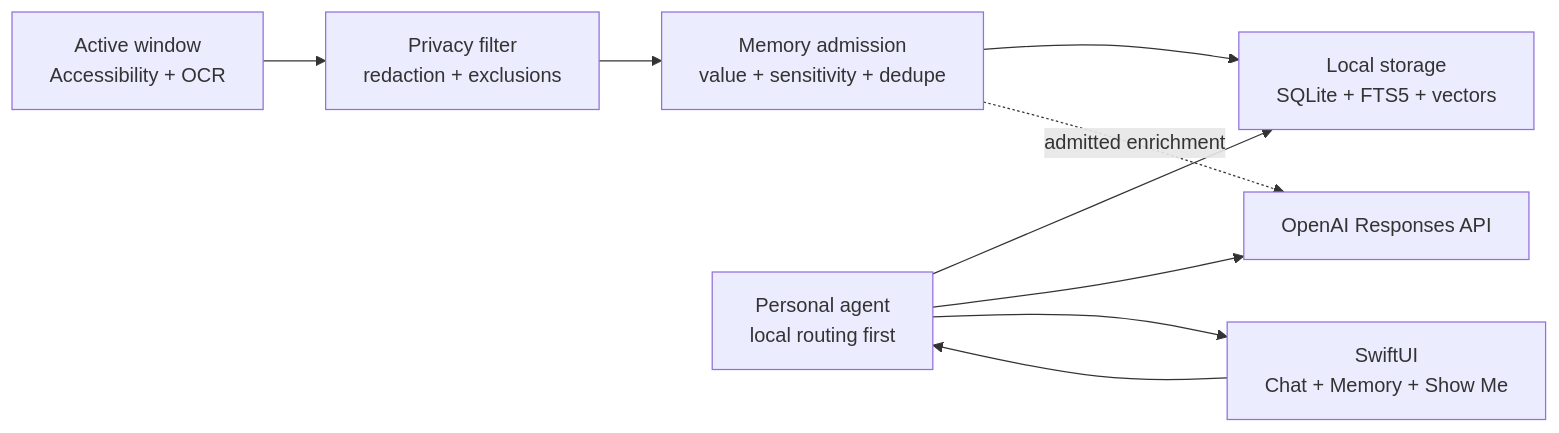
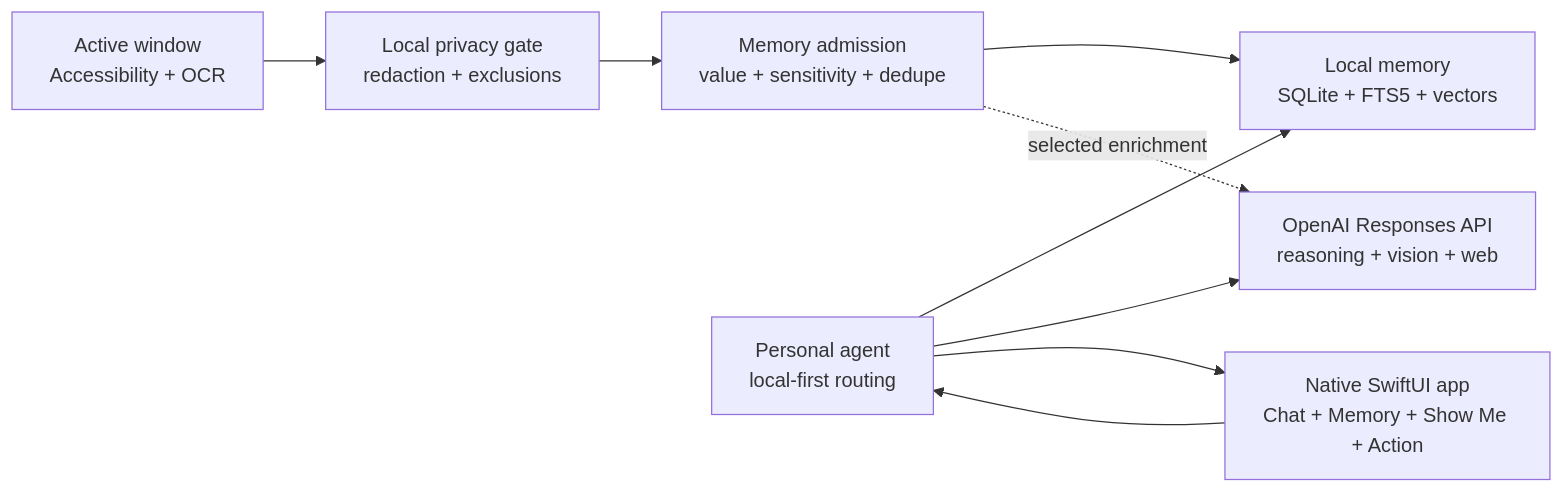
Before and after one commit to vnmrsharma/iAletheia: the diagram in README.md, drawn with Mermaid. The commit also changed other lines of this file, not shown here.

````diff
--- a/README.md
+++ b/README.md
@@ -23,17 +59,17 @@
 ```mermaid
 flowchart LR
     Capture["Active window<br/>Accessibility + OCR"]
-    Privacy["Privacy filter<br/>redaction + exclusions"]
+    Privacy["Local privacy gate<br/>redaction + exclusions"]
     Admission["Memory admission<br/>value + sensitivity + dedupe"]
-    Storage["Local storage<br/>SQLite + FTS5 + vectors"]
-    Agent["Personal agent<br/>local routing first"]
-    OpenAI["OpenAI Responses API"]
-    UI["SwiftUI<br/>Chat + Memory + Show Me"]
+    Storage["Local memory<br/>SQLite + FTS5 + vectors"]
+    Agent["Personal agent<br/>local-first routing"]
+    OpenAI["OpenAI Responses API<br/>reasoning + vision + web"]
+    UI["Native SwiftUI app<br/>Chat + Memory + Show Me + Action"]
 
     Capture --> Privacy --> Admission --> Storage
     UI --> Agent
     Agent --> Storage
     Agent --> OpenAI
-    Admission -. "admitted enrichment" .-> OpenAI
+    Admission -. "selected enrichment" .-> OpenAI
     Agent --> UI
 ```
````
